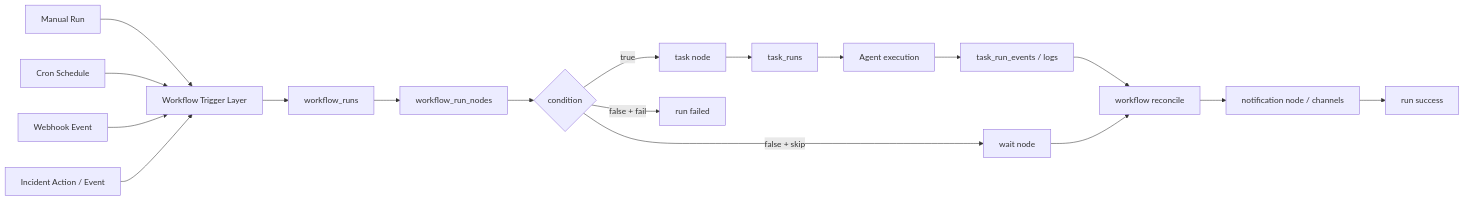
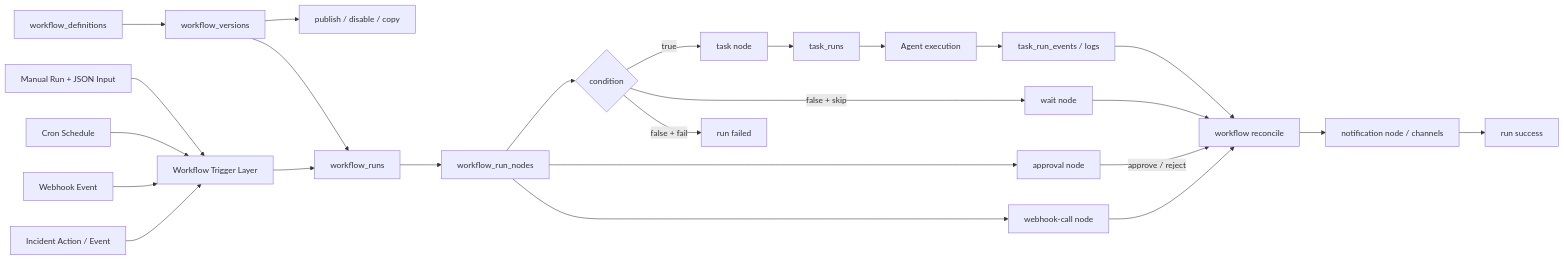
One commit to Zhenmeng8023/OpsPilot changed the second of 5 diagrams in docs/UML/core-uml-v1.0-update.en.md. Above: the diagram before and after it, drawn with Mermaid. The commit also changed other lines of this file and 71 other files, not shown here.

Commit message:
本次改动主要补齐 V1.0 的 Workflow、Webhook、Audit、Secret 治理与发布验收能力，并同步了 OpenAPI、前端、迁移、Release 文档和 UML 图。 操作人:枕梦

````diff
--- a/docs/UML/core-uml-v1.0-update.en.md
+++ b/docs/UML/core-uml-v1.0-update.en.md
@@ -71,24 +76,32 @@
 ```mermaid
 flowchart LR
-  Manual["Manual Run"] --> Trigger["Workflow Trigger Layer"]
+  Definition["workflow_definitions"] --> Version["workflow_versions"]
+  Version --> Publish["publish / disable / copy"]
+
+  Manual["Manual Run + JSON Input"] --> Trigger["Workflow Trigger Layer"]
   Schedule["Cron Schedule"] --> Trigger
   Webhook["Webhook Event"] --> Trigger
   Incident["Incident Action / Event"] --> Trigger
 
   Trigger --> Run["workflow_runs"]
+  Version --> Run
   Run --> Nodes["workflow_run_nodes"]
   Nodes --> Condition{"condition"}
 
   Condition -->|true| TaskNode["task node"]
   Condition -->|false + skip| WaitNode["wait node"]
   Condition -->|false + fail| EndFail["run failed"]
 
+  Nodes --> Approval["approval node"]
+  Approval -->|approve / reject| Reconcile
+  Nodes --> WebhookCall["webhook-call node"]
+  WebhookCall --> Reconcile
   TaskNode --> TaskRun["task_runs"]
   TaskRun --> Agent["Agent execution"]
   Agent --> TaskEvent["task_run_events / logs"]
   TaskEvent --> Reconcile["workflow reconcile"]
 
   WaitNode --> Reconcile
   Reconcile --> Notify["notification node / channels"]
   Notify --> EndOK["run success"]
 ```
````
